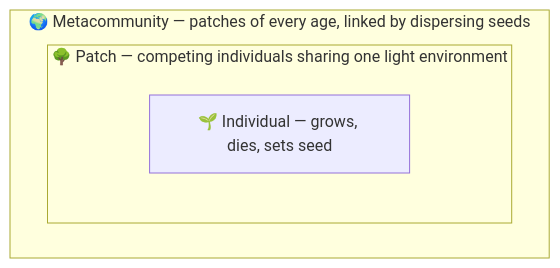
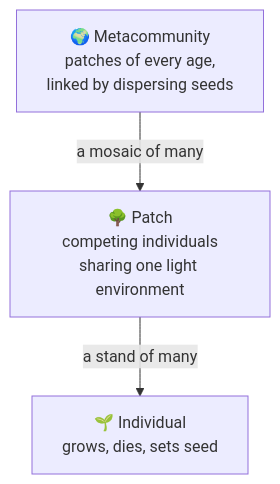
One commit to traitecoevo/overstorey changed the first of 7 diagrams in theory/overview.qmd. Above: the diagram before and after it, drawn with Mermaid. The commit also changed other lines of this file and 2 other files, not shown here.

First line of the commit message:
docs: expand beginner theory pages and fix Mermaid rendering

````diff
--- a/theory/overview.qmd
+++ b/theory/overview.qmd
@@ -33,8 +66,9 @@
 ```{mermaid}
+%%{init: {"flowchart": {"nodeSpacing": 45, "rankSpacing": 55}}}%%
 flowchart TD
-  subgraph M["🌍 Metacommunity — patches of every age, linked by dispersing seeds"]
-    subgraph P["🌳 Patch — competing individuals sharing one light environment"]
-      I["🌱 Individual — grows, dies, sets seed"]
-    end
-  end
+  M["🌍 Metacommunity<br/>patches of every age,<br/>linked by dispersing seeds"]
+  P["🌳 Patch<br/>competing individuals<br/>sharing one light environment"]
+  I["🌱 Individual<br/>grows, dies, sets seed"]
+  M -->|"a mosaic of many"| P
+  P -->|"a stand of many"| I
 ```
````
